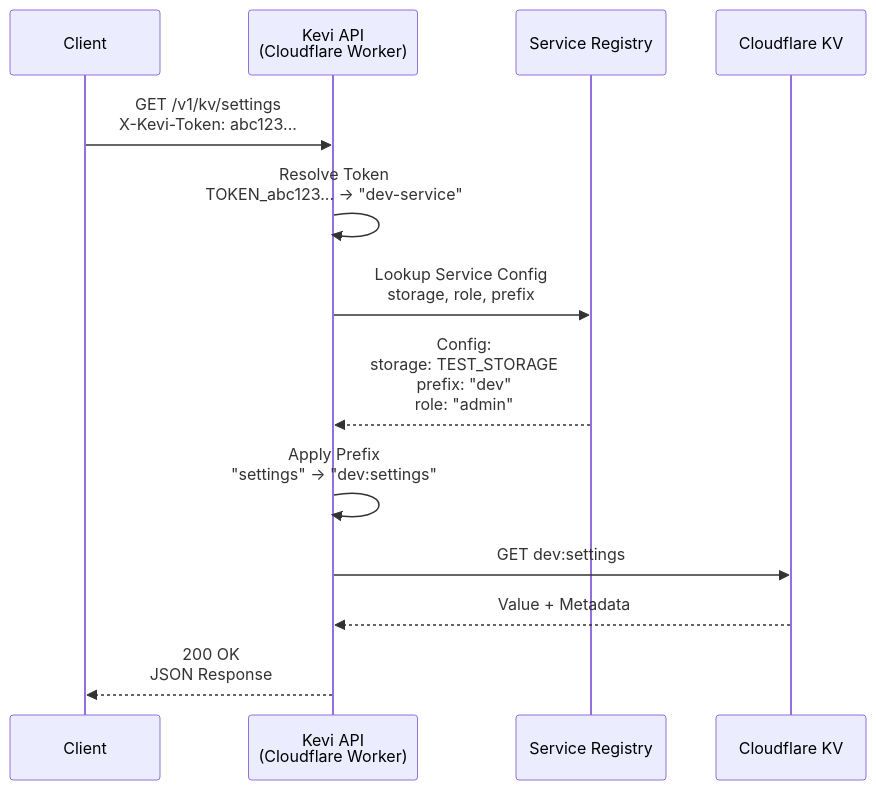
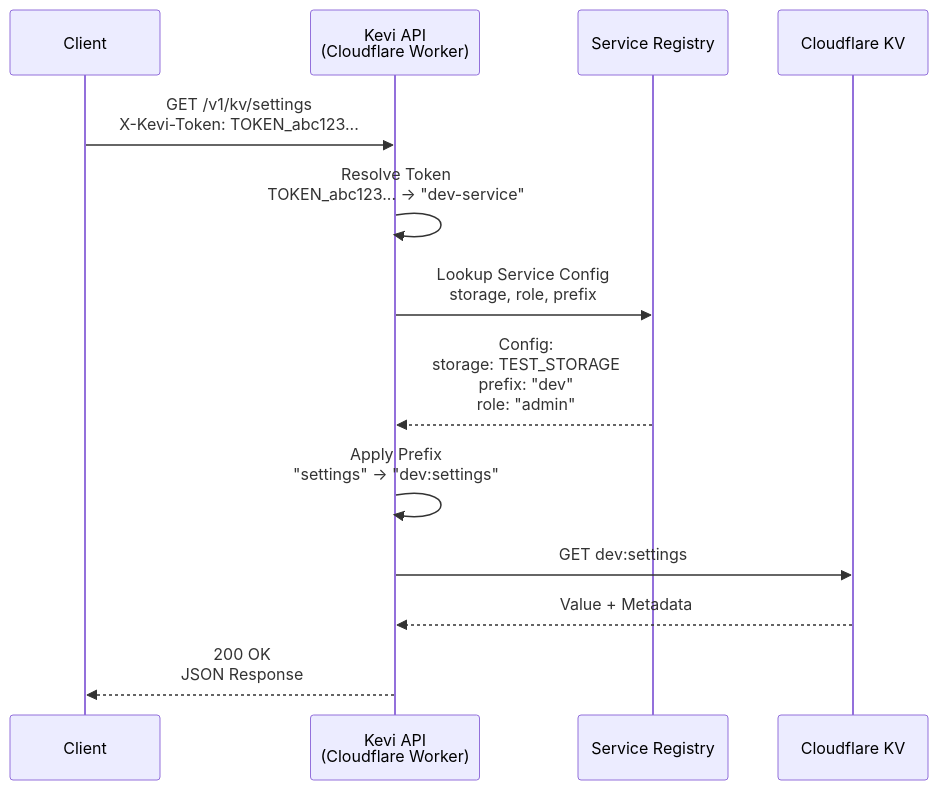
One commit to onurhan1337/kevi changed the second of 2 diagrams in docs/ARCHITECTURE.md. Above: the diagram before and after it, drawn with Mermaid.

Commit message:
fix: simple update on architecture mermaid

````diff
--- a/docs/ARCHITECTURE.md
+++ b/docs/ARCHITECTURE.md
@@ -65,23 +65,23 @@
 ```mermaid
 sequenceDiagram
     participant Client
     participant Kevi as Kevi API<br/>(Cloudflare Worker)
     participant Registry as Service Registry
     participant KV as Cloudflare KV
 
-    Client->>Kevi: GET /v1/kv/settings<br/>X-Kevi-Token: abc123...
+    Client->>Kevi: GET /v1/kv/settings<br/>X-Kevi-Token: TOKEN_abc123...
 
     Kevi->>Kevi: Resolve Token<br/>TOKEN_abc123... → "dev-service"
 
     Kevi->>Registry: Lookup Service Config<br/>storage, role, prefix
 
     Registry-->>Kevi: Config:<br/>storage: TEST_STORAGE<br/>prefix: "dev"<br/>role: "admin"
 
     Kevi->>Kevi: Apply Prefix<br/>"settings" → "dev:settings"
 
     Kevi->>KV: GET dev:settings
 
     KV-->>Kevi: Value + Metadata
 
     Kevi-->>Client: 200 OK<br/>JSON Response
 ```
````
